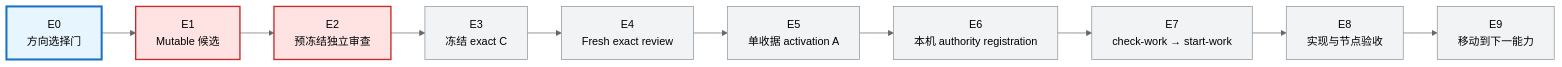
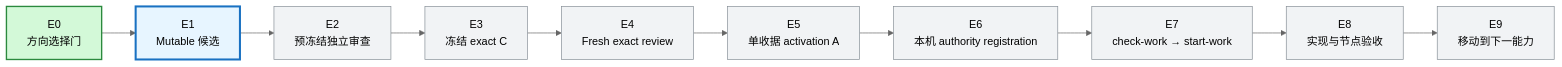
Before and after one commit to j-a-v-e-n/knowledge-vault: the second of 3 diagrams in MyBrain/automation/reports/investment-discipline-system/CURRENT_PROGRESS.md, drawn with Mermaid (neutral theme). The commit also changed other lines of this file, not shown here.

````diff
--- a/MyBrain/automation/reports/investment-discipline-system/CURRENT_PROGRESS.md
+++ b/MyBrain/automation/reports/investment-discipline-system/CURRENT_PROGRESS.md
@@ -60,20 +60,19 @@
 ```mermaid
 flowchart LR
     E0["E0<br/>方向选择门"] --> E1["E1<br/>Mutable 候选"]
     E1 --> E2["E2<br/>预冻结独立审查"]
     E2 --> E3["E3<br/>冻结 exact C"]
     E3 --> E4["E4<br/>Fresh exact review"]
     E4 --> E5["E5<br/>单收据 activation A"]
     E5 --> E6["E6<br/>本机 authority registration"]
     E6 --> E7["E7<br/>check-work → start-work"]
     E7 --> E8["E8<br/>实现与节点验收"]
     E8 --> E9["E9<br/>移动到下一能力"]
 
     classDef done fill:#d3f9d8,stroke:#2b8a3e,stroke-width:2px;
     classDef current fill:#e7f5ff,stroke:#1971c2,stroke-width:3px;
-    classDef failed fill:#ffe3e3,stroke:#c92a2a,stroke-width:2px;
     classDef pending fill:#f1f3f5,stroke:#868e96;
-    class E0 current;
-    class E1,E2 failed;
-    class E3,E4,E5,E6,E7,E8,E9 pending;
+    class E0 done;
+    class E1 current;
+    class E2,E3,E4,E5,E6,E7,E8,E9 pending;
 ```
````
